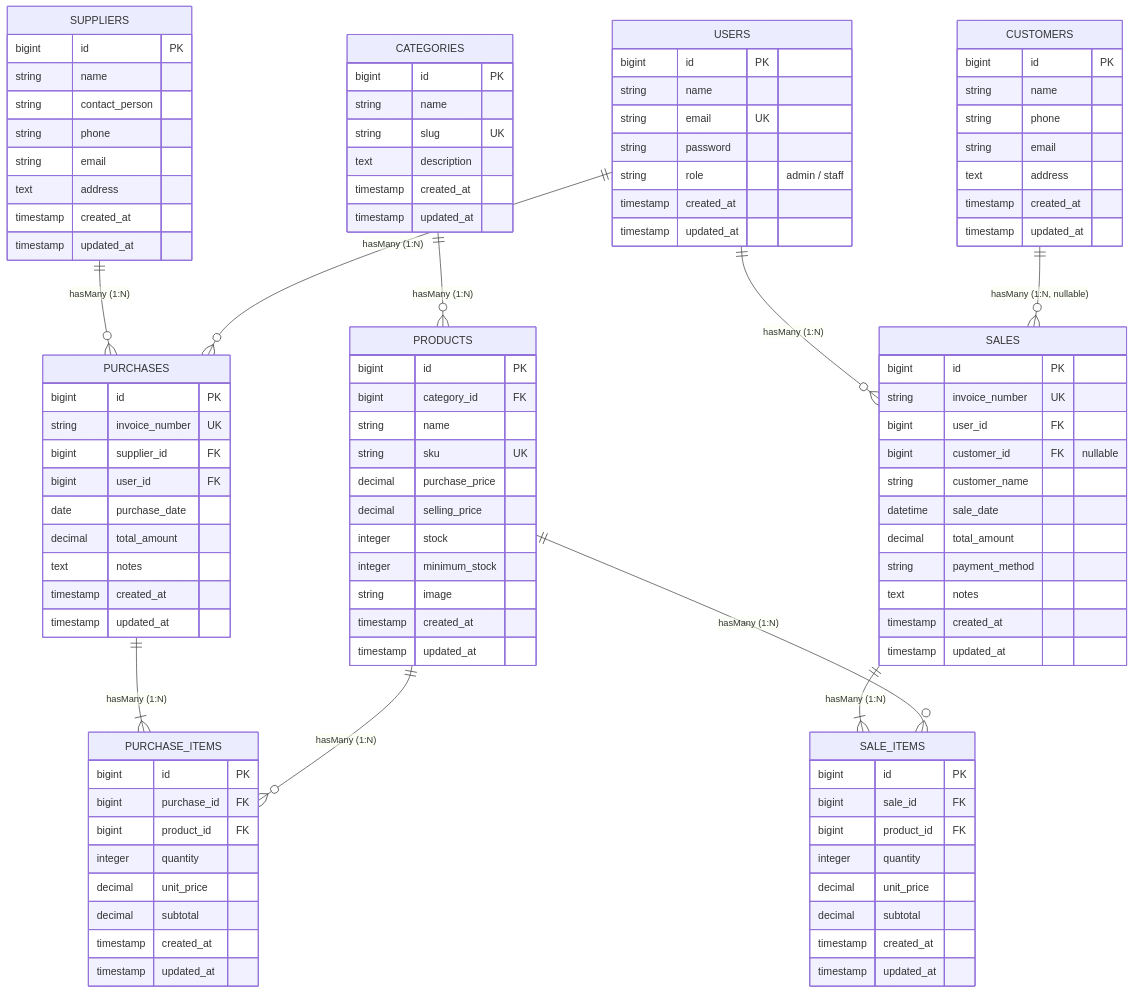
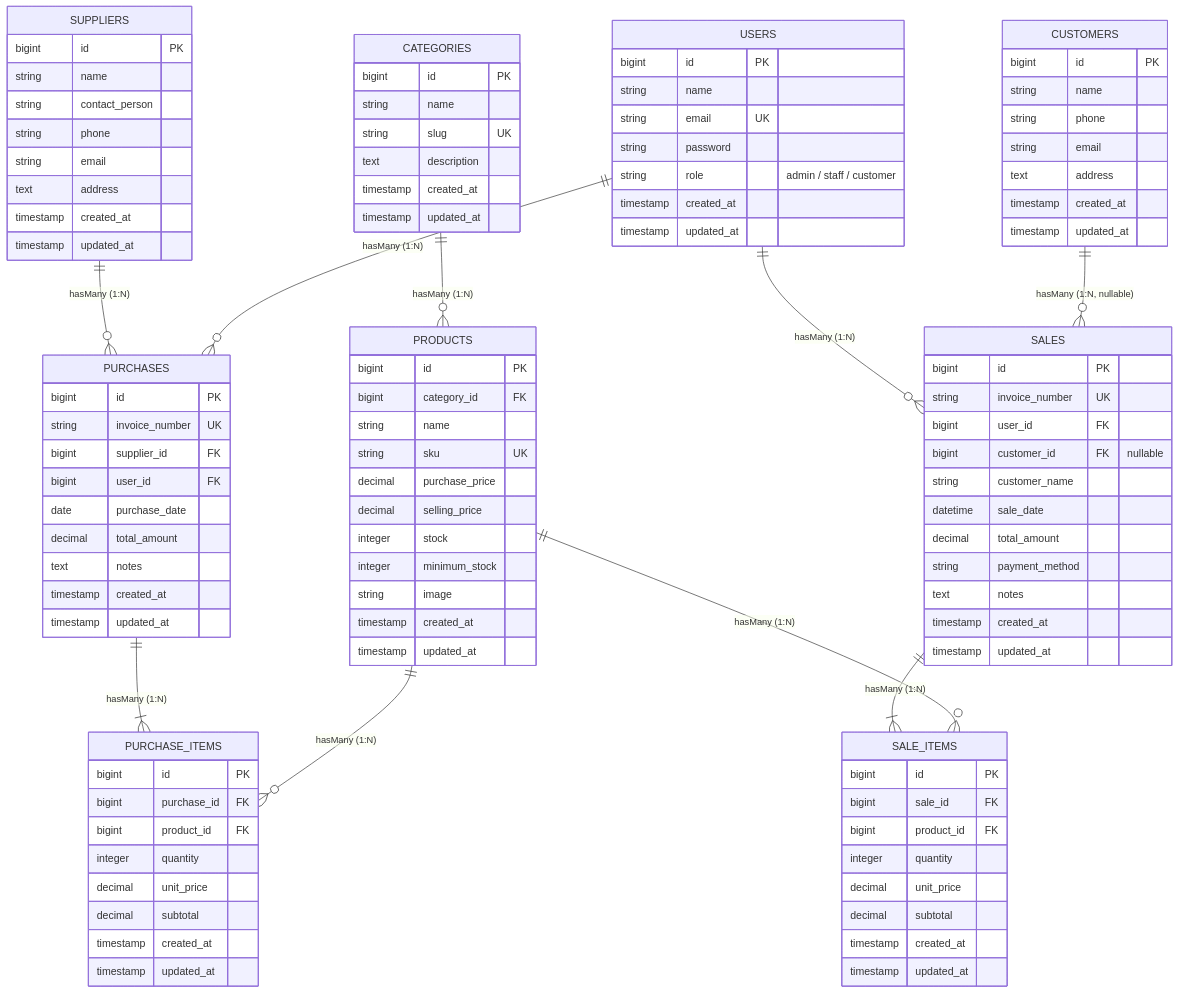
The diagram in README.md (safiraazahrasaragih43-cloud/uts-inventory-sales), drawn with Mermaid before and after one commit. The commit also changed other lines of this file and 16 other files, not shown here.

Commit message:
fix: implementasikan role customer pada antarmuka web, badge role, akun demo login, dan hak akses dashboard

```diff
--- a/README.md
+++ b/README.md
@@ -246,7 +247,7 @@
         string name
         string email UK
         string password
-        string role "admin / staff"
+        string role "admin / staff / customer"
         timestamp created_at
         timestamp updated_at
     }
```
